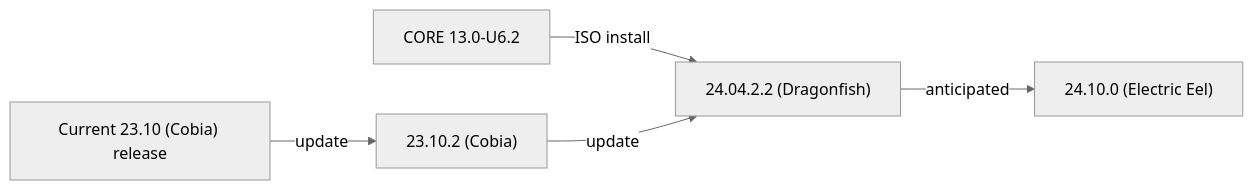
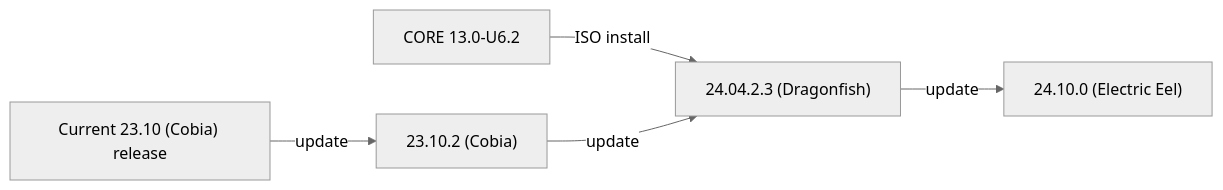
Before and after one commit to truenas/documentation: the second of 2 diagrams in static/includes/SCALEUpgradePaths.md, drawn with Mermaid (neutral theme). The commit also changed other lines of this file and 20 other files, not shown here.

```diff
--- a/static/includes/SCALEUpgradePaths.md
+++ b/static/includes/SCALEUpgradePaths.md
@@ -65,8 +65,8 @@
           {{< mermaid class="mermaid_sizing" >}}
           flowchart LR
             A["CORE 13.0-U6.2"] -->|ISO install| D
             B["Current 23.10 (Cobia) release"] -->|update| C
             C["23.10.2 (Cobia)"] -->|update| D
-            D["24.04.2.2 (Dragonfish)"]  -->|anticipated| E
+            D["24.04.2.3 (Dragonfish)"]  -->|update| E
             E["24.10.0 (Electric Eel)"]
           {{< /mermaid >}}
```
